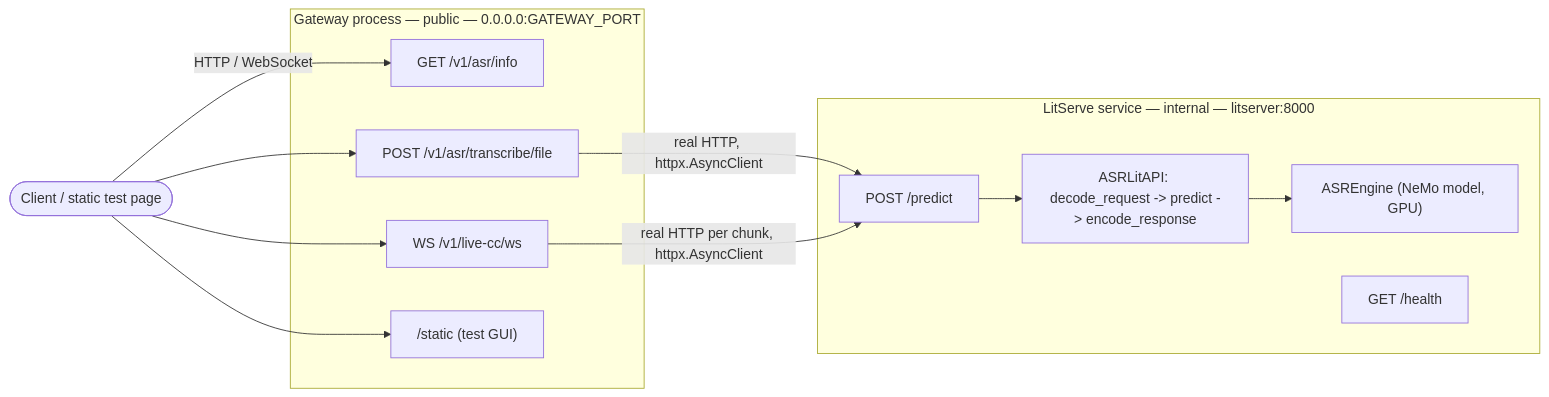
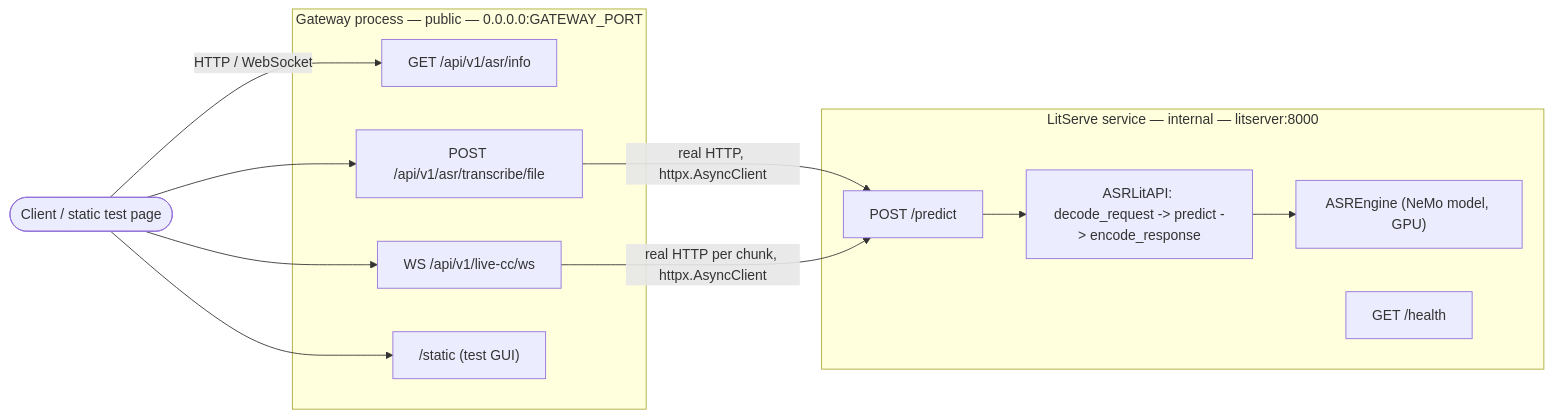
Before and after one commit to sayed-shaun/ec-asr-tts-service: the diagram in README.md, drawn with Mermaid. The commit also changed other lines of this file, not shown here.

First line of the commit message:
Trim README Architecture section, add eval dataset docs, drop bare-run section

````diff
--- a/README.md
+++ b/README.md
@@ -29,27 +14,27 @@
 ```mermaid
 flowchart LR
     Client(["Client / static test page"])
 
     subgraph Gateway["Gateway process — public — 0.0.0.0:GATEWAY_PORT"]
-        Info["GET /v1/asr/info"]
-        File["POST /v1/asr/transcribe/file"]
-        WS["WS /v1/live-cc/ws"]
+        Info["GET /api/v1/asr/info"]
+        File["POST /api/v1/asr/transcribe/file"]
+        WS["WS /api/v1/live-cc/ws"]
         Static["/static (test GUI)"]
     end
 
     subgraph LitServe["LitServe service — internal — litserver:8000"]
         Predict["POST /predict"]
         LitAPI["ASRLitAPI: decode_request -> predict -> encode_response"]
         Engine["ASREngine (NeMo model, GPU)"]
         Health["GET /health"]
     end
 
     Client -->|HTTP / WebSocket| Info
     Client --> File
     Client --> WS
     Client --> Static
 
     File -->|real HTTP, httpx.AsyncClient| Predict
     WS -->|real HTTP per chunk, httpx.AsyncClient| Predict
     Predict --> LitAPI --> Engine
 ```
````
